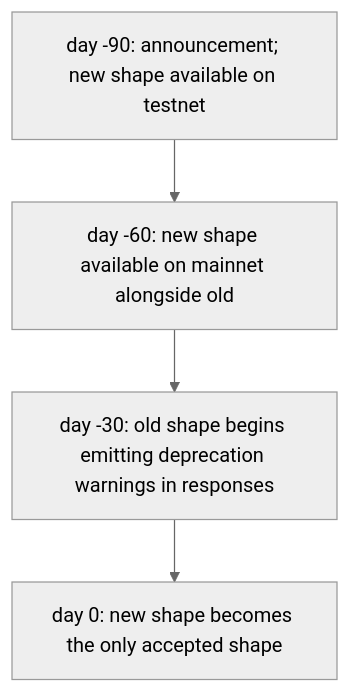
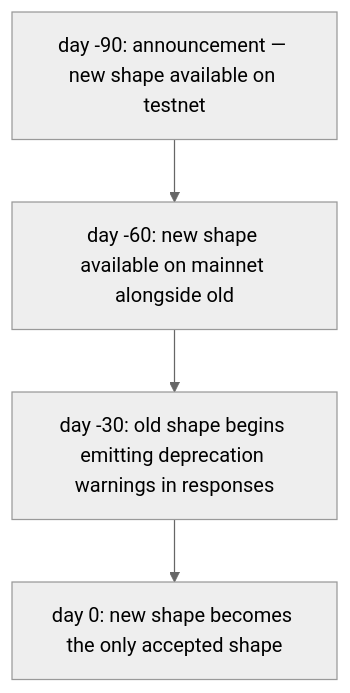
One commit to mtf-exchange/metaflux-knowledges changed the first of 2 diagrams in i18n/es/docusaurus-plugin-content-docs/current/versioning.md. Above: the diagram before and after it, drawn with Mermaid (neutral theme). The commit also changed 176 other files, not shown here.

First line of the commit message:
docs: split info by product, fix mermaid, drop sprint/diff wording, faster builds

````diff
--- a/i18n/es/docusaurus-plugin-content-docs/current/versioning.md
+++ b/i18n/es/docusaurus-plugin-content-docs/current/versioning.md
@@ -54,8 +54,8 @@
 ```mermaid
 flowchart TD
-    D90["day -90: announcement; new shape available on testnet"]
+    D90["day -90: announcement — new shape available on testnet"]
     D60["day -60: new shape available on mainnet alongside old"]
     D30["day -30: old shape begins emitting deprecation warnings in responses"]
     D0["day 0: new shape becomes the only accepted shape"]
     D90 --> D60 --> D30 --> D0
 ```
````
